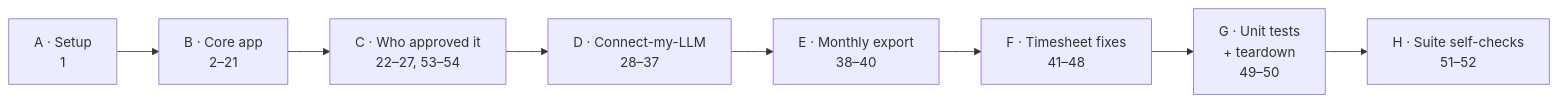
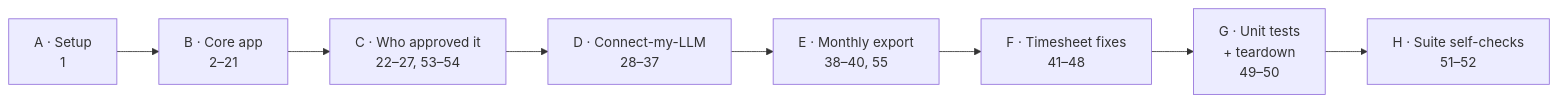
One commit to JoshNorris-Titan/titan-time-e2e changed the third of 3 diagrams in README.md. Above: the diagram before and after it, drawn with Mermaid. The commit also changed other lines of this file and 1 other file, not shown here.

````diff
--- a/README.md
+++ b/README.md
@@ -127,6 +128,6 @@
 ```mermaid
 flowchart LR
   A["A · Setup<br/>1"] --> B["B · Core app<br/>2–21"] --> C["C · Who approved it<br/>22–27, 53–54"] --> D["D · Connect-my-LLM<br/>28–37"]
-  D --> E["E · Monthly export<br/>38–40"] --> F["F · Timesheet fixes<br/>41–48"] --> G["G · Unit tests<br/>+ teardown<br/>49–50"]
+  D --> E["E · Monthly export<br/>38–40, 55"] --> F["F · Timesheet fixes<br/>41–48"] --> G["G · Unit tests<br/>+ teardown<br/>49–50"]
   G --> H["H · Suite self-checks<br/>51–52"]
 ```
````
